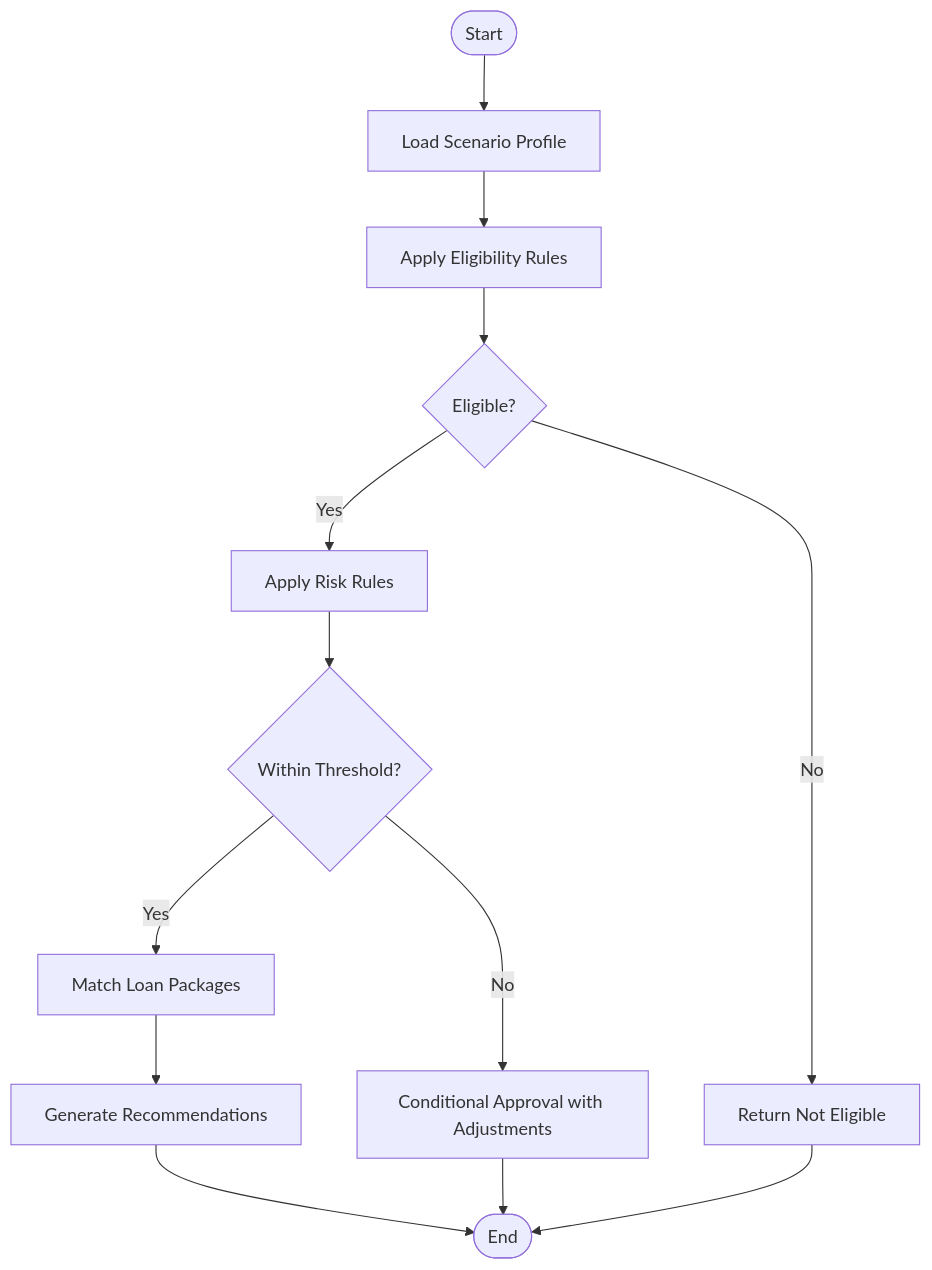
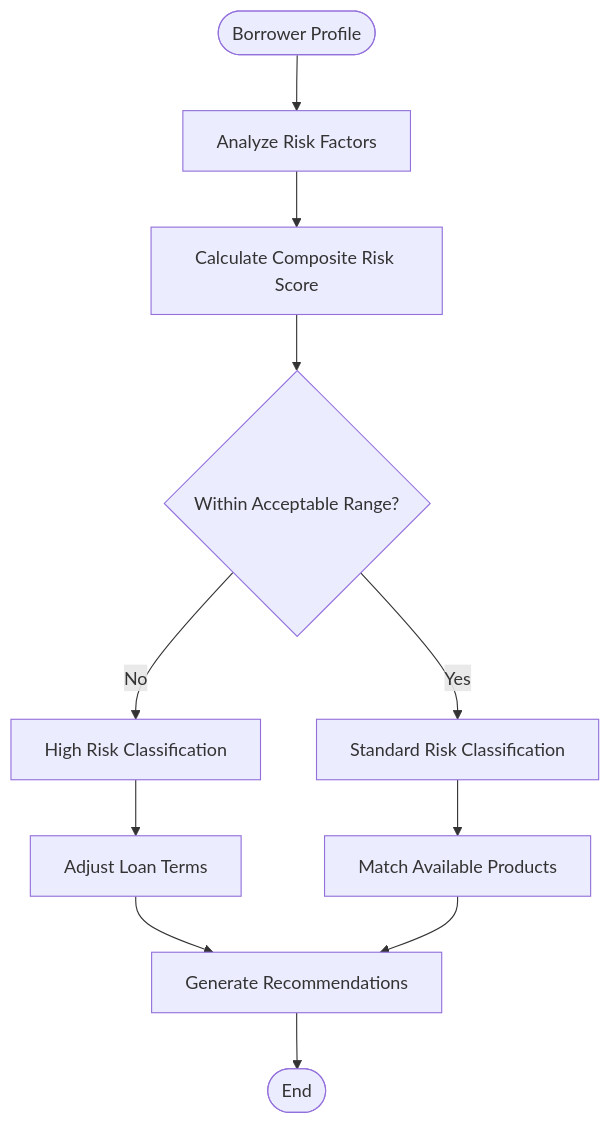
One commit to alibaba-hackathon-fsi/frontend-vaya changed the fourth of 7 diagrams in .qoder/repowiki/en/content/Data Management/Scenarios Management.md. Above: the diagram before and after it, drawn with Mermaid. The commit also changed other lines of this file and 36 other files, not shown here.

````diff
--- a/.qoder/repowiki/en/content/Data Management/Scenarios Management.md
+++ b/.qoder/repowiki/en/content/Data Management/Scenarios Management.md
@@ -216,15 +179,13 @@
 ```mermaid
 flowchart TD
-Start(["Start"]) --> LoadScenario["Load Scenario Profile"]
-LoadScenario --> EligibilityCheck["Apply Eligibility Rules"]
-EligibilityCheck --> Eligible{"Eligible?"}
-Eligible --> |No| Reject["Return Not Eligible"]
-Eligible --> |Yes| RiskScore["Apply Risk Rules"]
-RiskScore --> ScoreThreshold{"Within Threshold?"}
-ScoreThreshold --> |No| Conditional["Conditional Approval with Adjustments"]
-ScoreThreshold --> |Yes| MatchProducts["Match Loan Packages"]
-MatchProducts --> Recommendations["Generate Recommendations"]
+Start(["Borrower Profile"]) --> FactorAnalysis["Analyze Risk Factors"]
+FactorAnalysis --> ScoreCalculation["Calculate Composite Risk Score"]
+ScoreCalculation --> ThresholdCheck{"Within Acceptable Range?"}
+ThresholdCheck --> |No| HighRisk["High Risk Classification"]
+ThresholdCheck --> |Yes| StandardRisk["Standard Risk Classification"]
+HighRisk --> TermAdjustment["Adjust Loan Terms"]
+StandardRisk --> ProductMatching["Match Available Products"]
+TermAdjustment --> Recommendations["Generate Recommendations"]
+ProductMatching --> Recommendations
 Recommendations --> End(["End"])
-Conditional --> End
-Reject --> End
 ```
````
